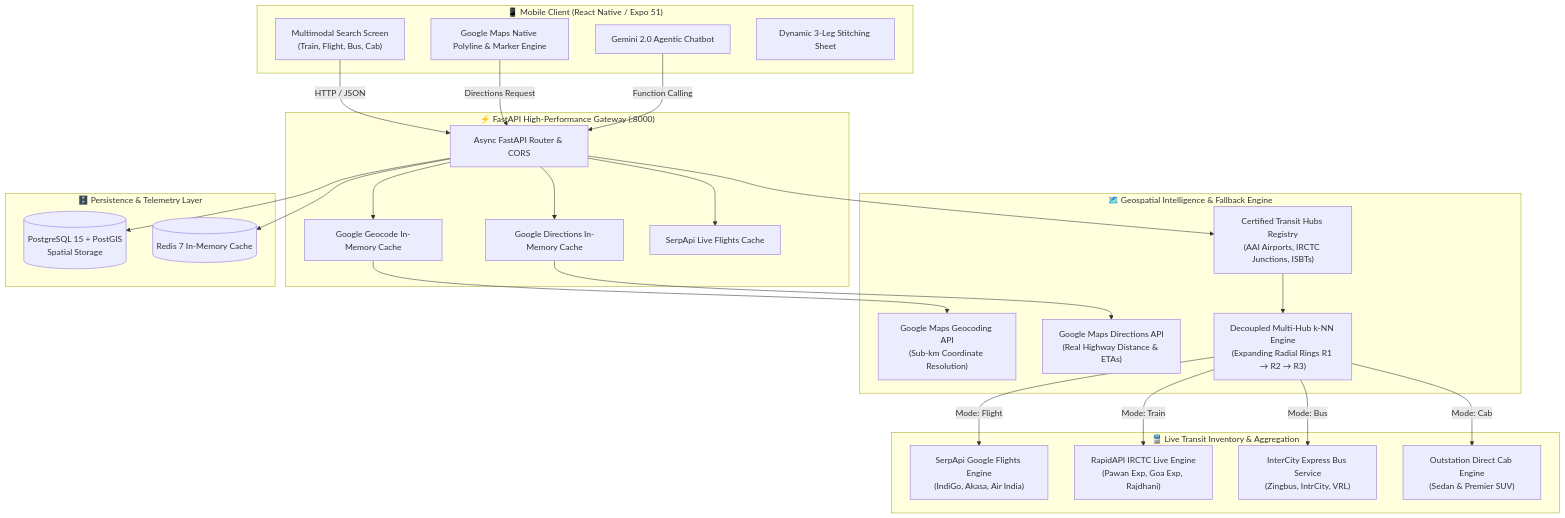
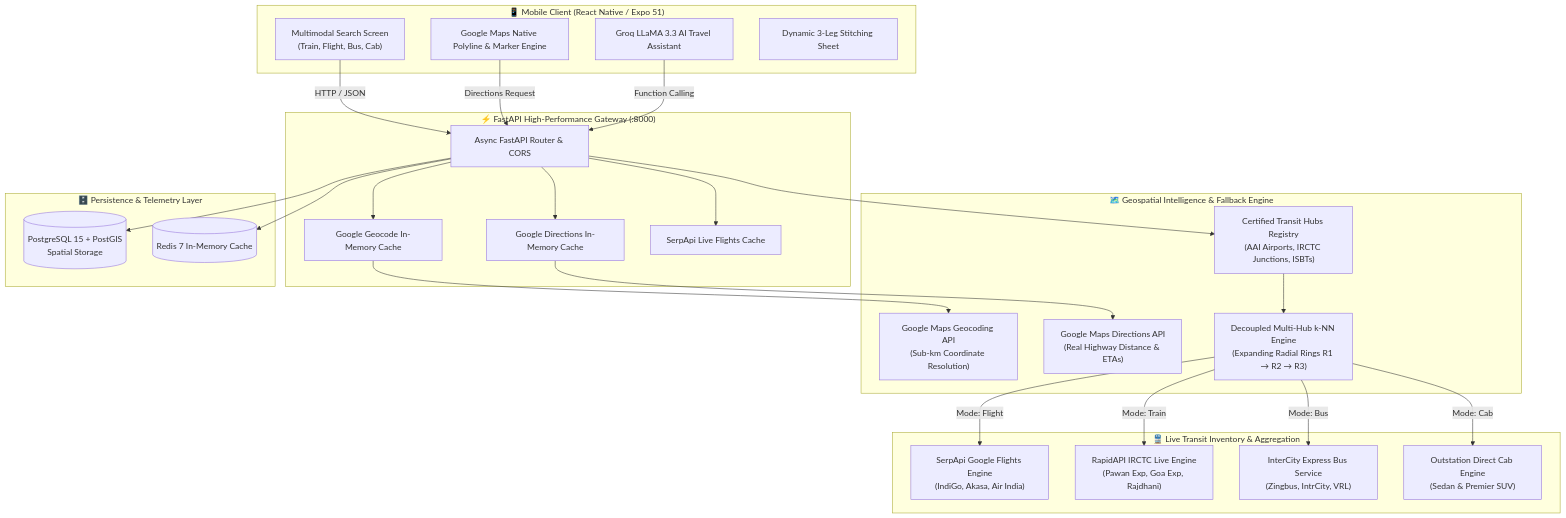
One commit to ashutoshsingh220/SafarX changed the first of 2 diagrams in README.md. Above: the diagram before and after it, drawn with Mermaid. The commit also changed other lines of this file and 2 other files, not shown here.

Commit message:
docs: replace Gemini with Groq AI and document exact used APIs

````diff
--- a/README.md
+++ b/README.md
@@ -59,56 +62,56 @@
 ```mermaid
 flowchart TD
     subgraph MobileClient["📱 Mobile Client (React Native / Expo 51)"]
         SearchUI["Multimodal Search Screen<br/>(Train, Flight, Bus, Cab)"]
         MapEngine["Google Maps Native Polyline & Marker Engine"]
-        AgentChat["Gemini 2.0 Agentic Chatbot"]
+        AgentChat["Groq LLaMA 3.3 AI Travel Assistant"]
         StitchView["Dynamic 3-Leg Stitching Sheet"]
     end
 
     subgraph APIGateway["⚡ FastAPI High-Performance Gateway (:8000)"]
         Router["Async FastAPI Router & CORS"]
         GeocodeCache["Google Geocode In-Memory Cache"]
         DirectionsCache["Google Directions In-Memory Cache"]
         SerpApiCache["SerpApi Live Flights Cache"]
     end
 
     subgraph SpatialBrain["🗺️ Geospatial Intelligence & Fallback Engine"]
         GoogleGeo["Google Maps Geocoding API<br/>(Sub-km Coordinate Resolution)"]
         GoogleDir["Google Maps Directions API<br/>(Real Highway Distance & ETAs)"]
         HubRegistry["Certified Transit Hubs Registry<br/>(AAI Airports, IRCTC Junctions, ISBTs)"]
         KNN["Decoupled Multi-Hub k-NN Engine<br/>(Expanding Radial Rings R1 → R2 → R3)"]
     end
 
     subgraph TransitServices["🚆 Live Transit Inventory & Aggregation"]
         SerpApi["SerpApi Google Flights Engine<br/>(IndiGo, Akasa, Air India)"]
         RapidAPI["RapidAPI IRCTC Live Engine<br/>(Pawan Exp, Goa Exp, Rajdhani)"]
         BusEngine["InterCity Express Bus Service<br/>(Zingbus, IntrCity, VRL)"]
         CabEngine["Outstation Direct Cab Engine<br/>(Sedan & Premier SUV)"]
     end
 
     subgraph Database["🗄️ Persistence & Telemetry Layer"]
         PostgreSQL[("PostgreSQL 15 + PostGIS<br/>Spatial Storage")]
         RedisCache[("Redis 7 In-Memory Cache")]
     end
 
     SearchUI -->|HTTP / JSON| Router
     MapEngine -->|Directions Request| Router
     AgentChat -->|Function Calling| Router
 
     Router --> GeocodeCache
     Router --> DirectionsCache
     Router --> SerpApiCache
 
     GeocodeCache --> GoogleGeo
     DirectionsCache --> GoogleDir
     Router --> HubRegistry
     HubRegistry --> KNN
 
     KNN -->|Mode: Flight| SerpApi
     KNN -->|Mode: Train| RapidAPI
     KNN -->|Mode: Bus| BusEngine
     KNN -->|Mode: Cab| CabEngine
 
     Router --> PostgreSQL
     Router --> RedisCache
 ```
````
